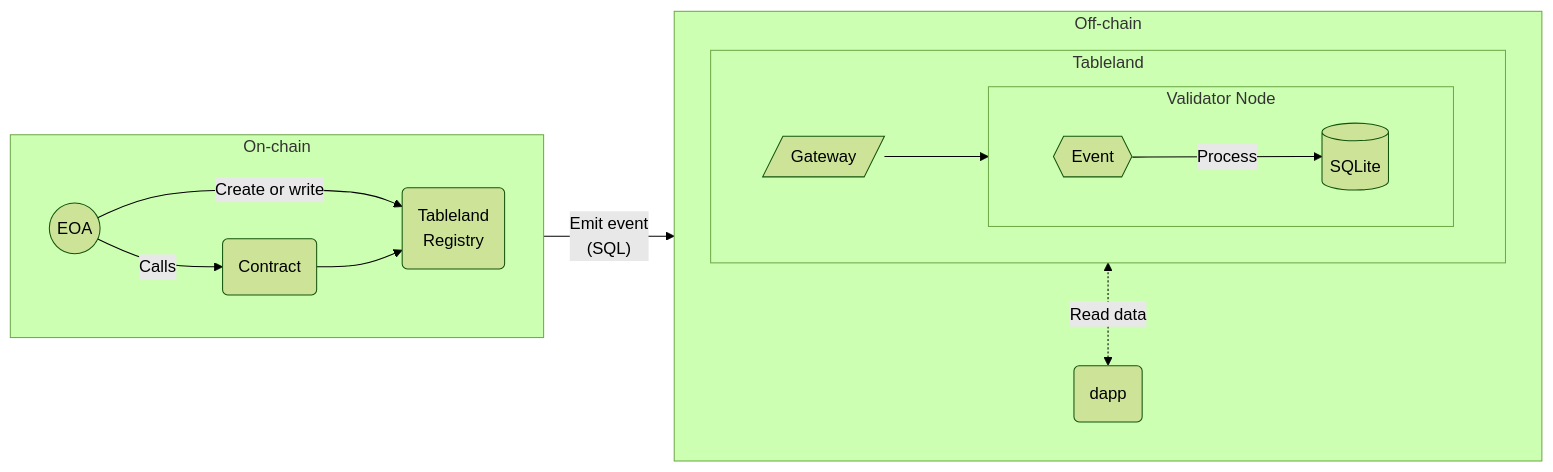
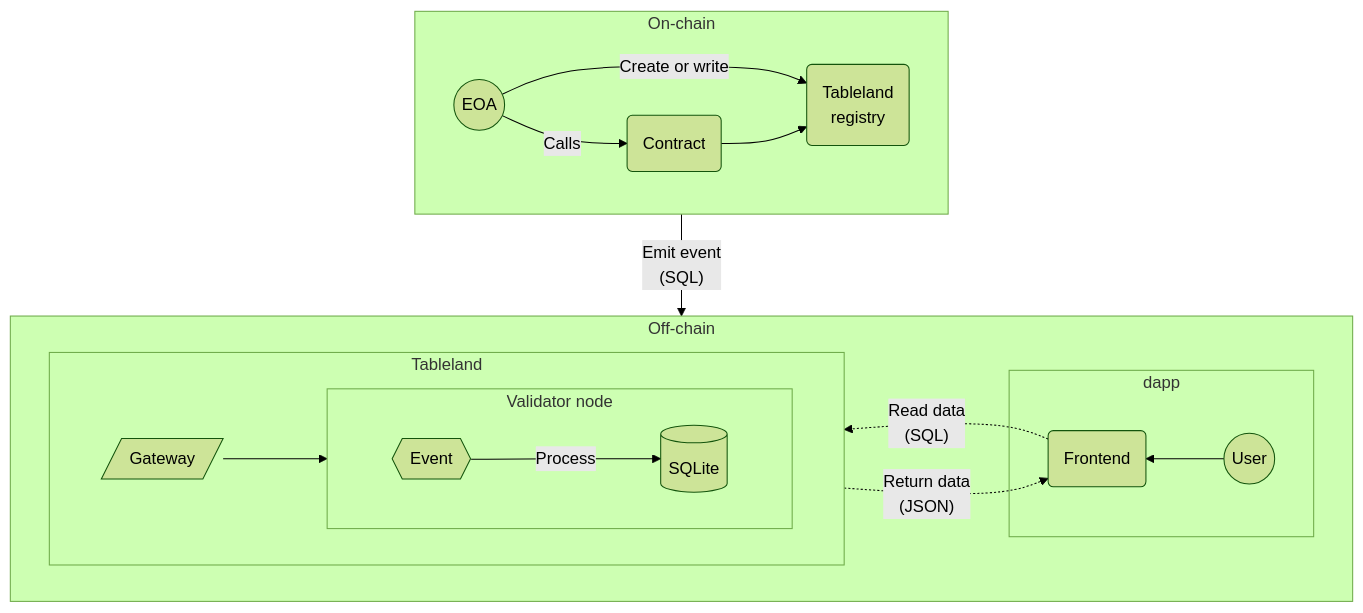
Before and after one commit to tablelandnetwork/docs: the first of 2 diagrams in docs/fundamentals/architecture/protocol-design.md, drawn with Mermaid (forest theme). The commit also changed other lines of this file and 312 other files, not shown here.

````diff
--- a/docs/fundamentals/architecture/protocol-design.md
+++ b/docs/fundamentals/architecture/protocol-design.md
@@ -24,28 +24,33 @@
 ```mermaid
-flowchart LR
+flowchart TB
 
 subgraph chain[On-chain]
 direction LR
-  A((EOA)) -- Create or write --> B(Tableland\n Registry\n)
+  A((EOA)) -- Create or write --> B(Tableland\n registry\n)
   A -- Calls --> C(Contract)
   C --> B
 end
 
 subgraph offchain[Off-chain]
 direction BT
   subgraph tbl[Tableland]
   direction LR
-    subgraph node[Validator Node]
+    subgraph node[Validator node]
     direction LR
       D{{Event}} --Process--> E[(SQLite)]
     end
     F[/Gateway/]
   end
 
-  G(dapp)
-  G<-.Read data .->F --> node
+  direction RL
+  subgraph dapp[dapp]
+    H((User)) --> G(Frontend)
+    G-."Read data\n (SQL)".->F --> node
+    F-."Return data\n (JSON)".->G
+    end
 end
 
 chain--"Emit event\n (SQL)" -->offchain
 
+style offchain margin-bottom:10px;
 ```
````
